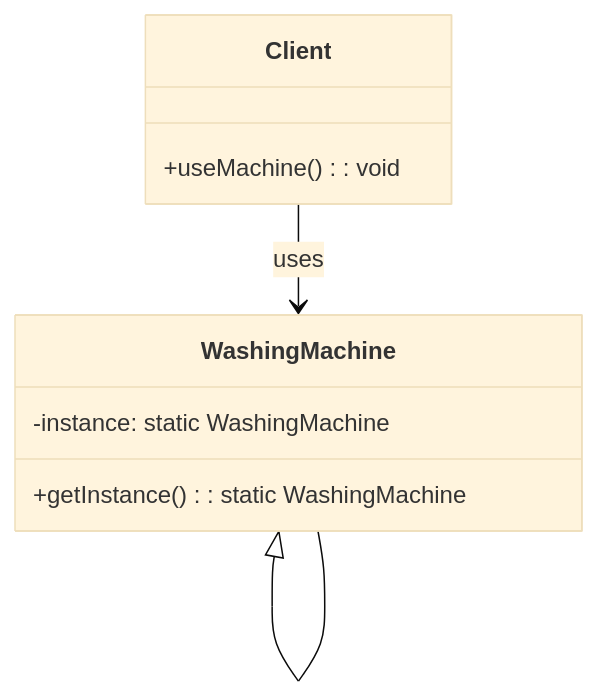
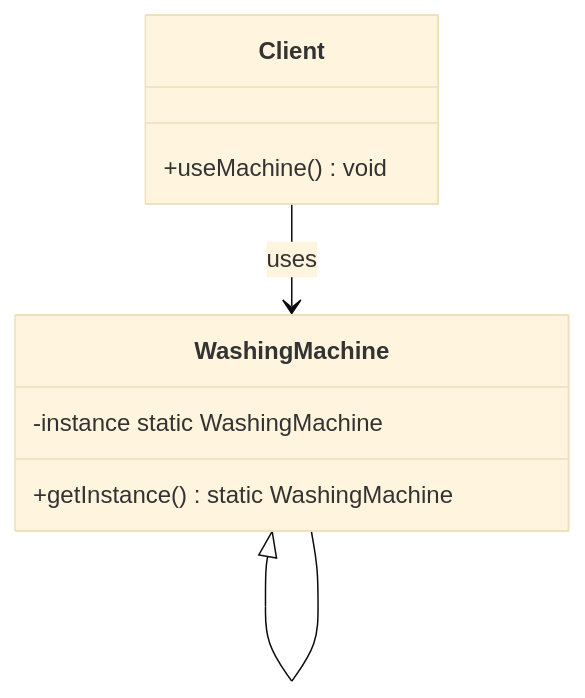
The diagram in Design_Pattern/docs/creational/design/singleton.md (TaiChi112/Documents), drawn with Mermaid (base theme) before and after one commit.

Commit message:
docs: refine mermaid syntax in singleton class diagram

````diff
--- a/Design_Pattern/docs/creational/design/singleton.md
+++ b/Design_Pattern/docs/creational/design/singleton.md
@@ -1,12 +1,12 @@
 ```mermaid
 classDiagram
     class WashingMachine {
-        -instance: static WashingMachine
-        +getInstance(): static WashingMachine
+        -instance static WashingMachine
+        +getInstance() static WashingMachine
     }
     class Client {
-        +useMachine(): void
+        +useMachine() void
     }
     WashingMachine <|-- WashingMachine
     Client --> WashingMachine : uses
 ```
````
